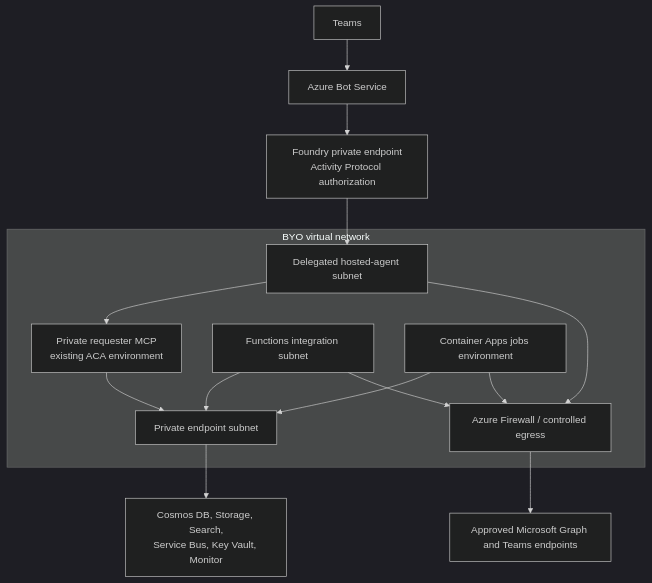
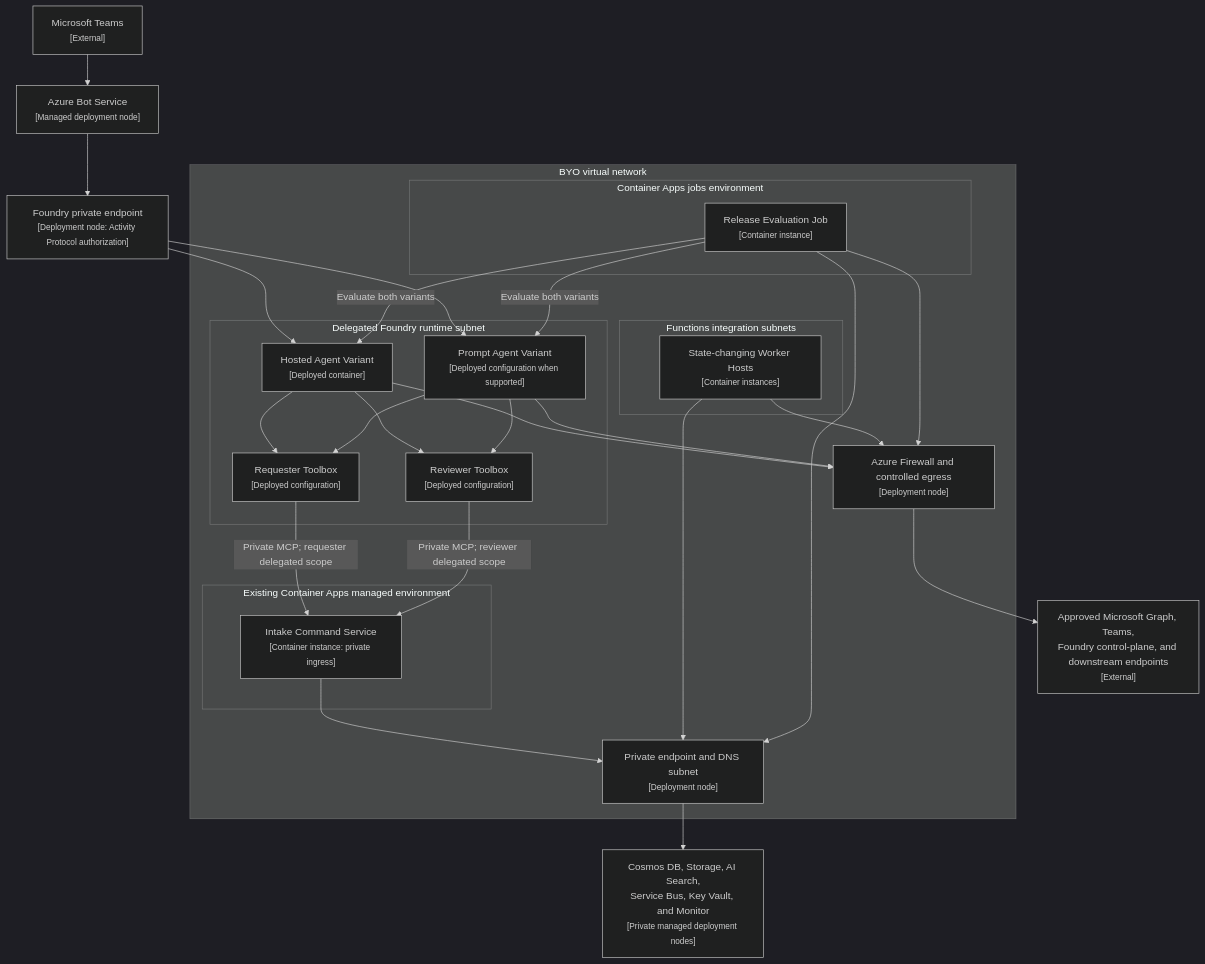
Before and after one commit to duongthaiha/intake-agent: diagram 11 of 13 in docs/architecture-design.md, drawn with Mermaid (dark theme). The commit also changed other lines of this file and 1 other file, not shown here.

````diff
--- a/docs/architecture-design.md
+++ b/docs/architecture-design.md
@@ -817,25 +966,45 @@
 ```mermaid
 flowchart TB
-    Teams[Teams] --> Bot[Azure Bot Service]
-    Bot --> PrivateFoundry[Foundry private endpoint<br/>Activity Protocol authorization]
+    Teams["Microsoft Teams<br/><small>[External]</small>"] --> Bot["Azure Bot Service<br/><small>[Managed deployment node]</small>"]
+    Bot --> PrivateFoundry["Foundry private endpoint<br/><small>[Deployment node: Activity Protocol authorization]</small>"]
 
     subgraph VNet["BYO virtual network"]
-        HostedSubnet[Delegated hosted-agent subnet]
-        MCP[Private requester MCP<br/>existing ACA environment]
-        FunctionSubnet[Functions integration subnet]
-        JobSubnet[Container Apps jobs environment]
-        PE[Private endpoint subnet]
-        Firewall[Azure Firewall / controlled egress]
+        subgraph FoundrySubnet["Delegated Foundry runtime subnet"]
+            Hosted["Hosted Agent Variant<br/><small>[Deployed container]</small>"]
+            Prompt["Prompt Agent Variant<br/><small>[Deployed configuration when supported]</small>"]
+            RequesterTools["Requester Toolbox<br/><small>[Deployed configuration]</small>"]
+            ReviewerTools["Reviewer Toolbox<br/><small>[Deployed configuration]</small>"]
+        end
+        subgraph ACA["Existing Container Apps managed environment"]
+            CommandService["Intake Command Service<br/><small>[Container instance: private ingress]</small>"]
+        end
+        subgraph FunctionSubnet["Functions integration subnets"]
+            Workers["State-changing Worker Hosts<br/><small>[Container instances]</small>"]
+        end
+        subgraph JobSubnet["Container Apps jobs environment"]
+            EvalJob["Release Evaluation Job<br/><small>[Container instance]</small>"]
+        end
+        PE["Private endpoint and DNS subnet<br/><small>[Deployment node]</small>"]
+        Firewall["Azure Firewall and controlled egress<br/><small>[Deployment node]</small>"]
     end
 
-    PrivateFoundry --> HostedSubnet
-    HostedSubnet --> MCP
-    MCP --> PE
-    FunctionSubnet --> PE
-    JobSubnet --> PE
-    PE --> Data[Cosmos DB, Storage, Search,<br/>Service Bus, Key Vault, Monitor]
-    HostedSubnet --> Firewall
-    FunctionSubnet --> Firewall
-    JobSubnet --> Firewall
-    Firewall --> M365Endpoints[Approved Microsoft Graph and Teams endpoints]
+    PrivateFoundry --> Hosted
+    PrivateFoundry --> Prompt
+    Hosted --> RequesterTools
+    Hosted --> ReviewerTools
+    Prompt --> RequesterTools
+    Prompt --> ReviewerTools
+    RequesterTools -->|Private MCP; requester delegated scope| CommandService
+    ReviewerTools -->|Private MCP; reviewer delegated scope| CommandService
+    CommandService --> PE
+    Workers --> PE
+    EvalJob --> PE
+    PE --> Data["Cosmos DB, Storage, AI Search,<br/>Service Bus, Key Vault, and Monitor<br/><small>[Private managed deployment nodes]</small>"]
+    Hosted --> Firewall
+    Prompt --> Firewall
+    Workers --> Firewall
+    EvalJob --> Firewall
+    Firewall --> M365Endpoints["Approved Microsoft Graph, Teams,<br/>Foundry control-plane, and downstream endpoints<br/><small>[External]</small>"]
+    EvalJob -->|Evaluate both variants| Hosted
+    EvalJob -->|Evaluate both variants| Prompt
 ```
````
